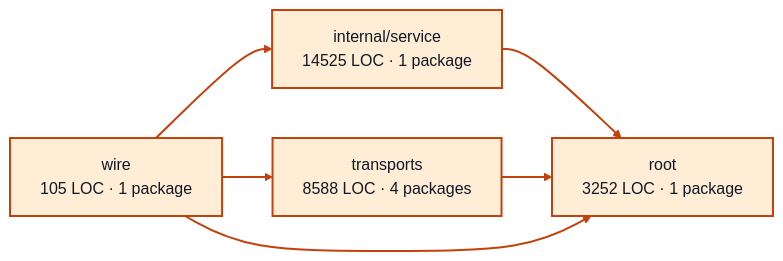
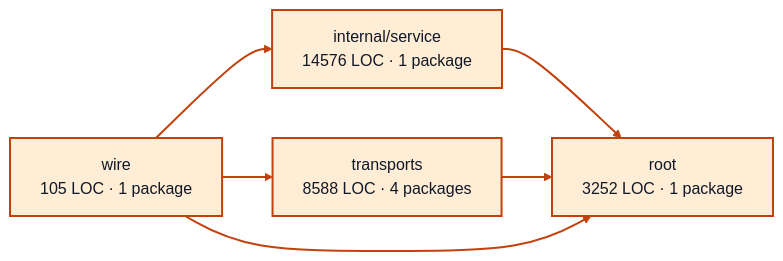
Before and after one commit to portpowered/you-agent-factory: the diagram in docs/architecture/visualizations/services/worker_sessions.md, drawn with Mermaid. The commit also changed other lines of this file and 20 other files, not shown here.

Commit message:
docs: refresh backend architecture visualizations

````diff
--- a/docs/architecture/visualizations/services/worker_sessions.md
+++ b/docs/architecture/visualizations/services/worker_sessions.md
@@ -11,17 +11,17 @@
 ```mermaid
 flowchart LR
-  p0["internal/service<br/>14525 LOC · 1 package"]
+  p0["internal/service<br/>14576 LOC · 1 package"]
   p1["root<br/>3252 LOC · 1 package"]
   p2["transports<br/>8588 LOC · 4 packages"]
   p3["wire<br/>105 LOC · 1 package"]
   p0 --> p1
   p2 --> p1
   p3 --> p0
   p3 --> p1
   p3 --> p2
   style p0 fill:#ffedd5,stroke:#c2410c,stroke-width:2px,color:#111827
   style p1 fill:#ffedd5,stroke:#c2410c,stroke-width:2px,color:#111827
   style p2 fill:#ffedd5,stroke:#c2410c,stroke-width:2px,color:#111827
   style p3 fill:#ffedd5,stroke:#c2410c,stroke-width:2px,color:#111827
   linkStyle default stroke:#c2410c,stroke-width:2px
 ```
````
